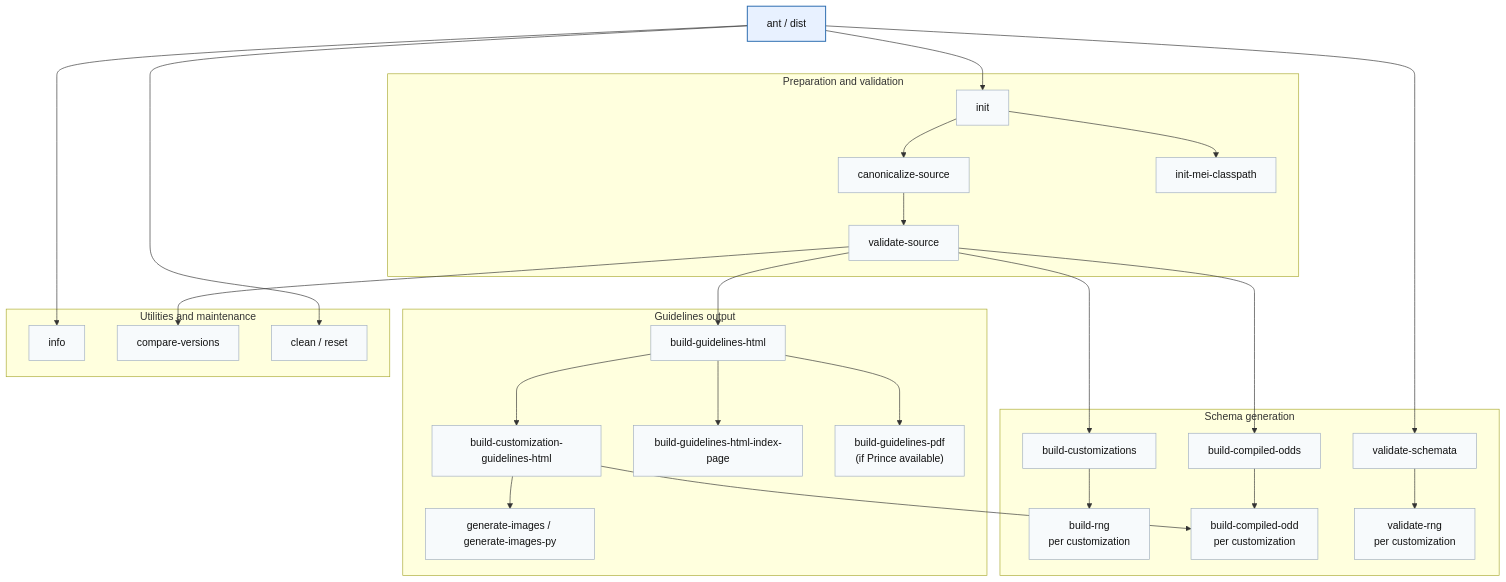
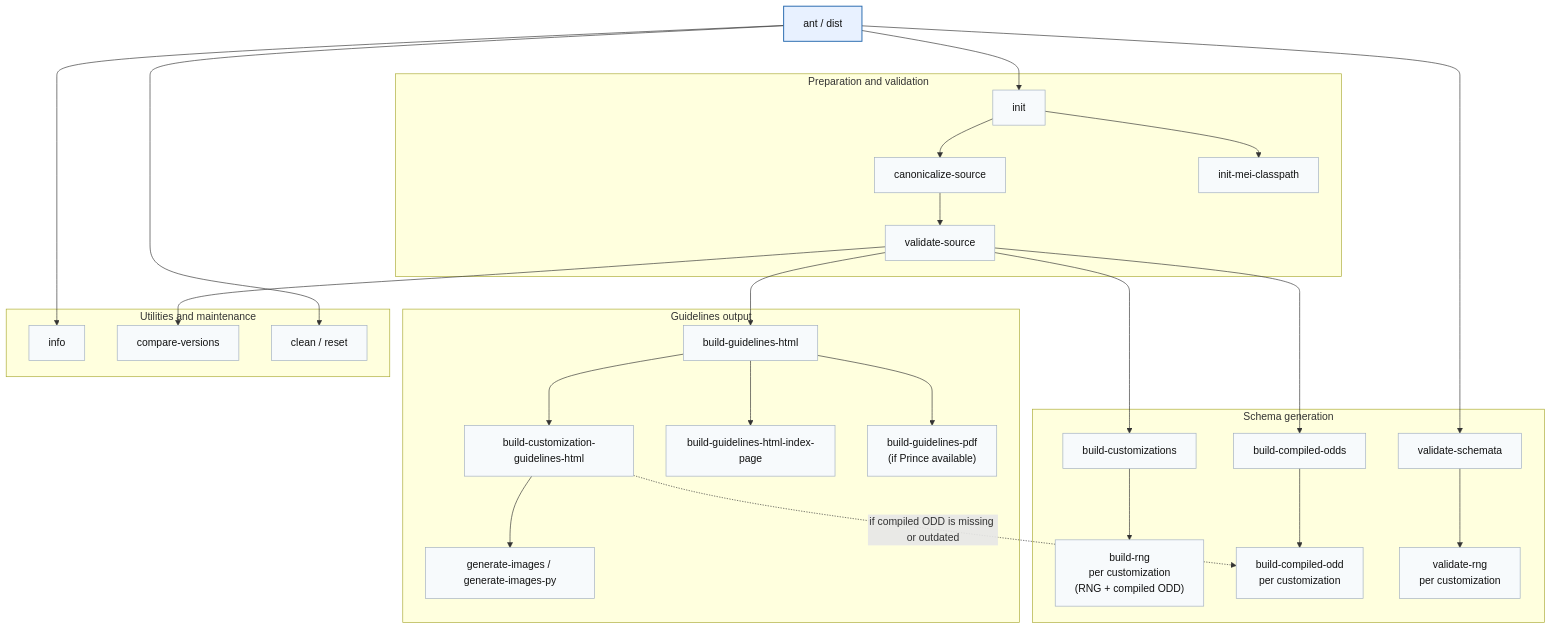
One commit to music-encoding/music-encoding changed the diagram in BUILD_COMMANDLINE.md. Above: the diagram before and after it, drawn with Mermaid. The commit also changed other lines of this file and 2 other files, not shown here.

First line of the commit message:
build: reuse compiled ODD from build-rng (#1891)

````diff
--- a/BUILD_COMMANDLINE.md
+++ b/BUILD_COMMANDLINE.md
@@ -146,62 +146,62 @@
 ```mermaid
 flowchart TD
     DIST["ant / dist"]:::primary
 
     subgraph PREP["Preparation and validation"]
         CANON["canonicalize-source"]
         VALID["validate-source"]
         INIT["init"]
         CLP["init-mei-classpath"]
     end
 
     subgraph SCHEMA["Schema generation"]
         RNGS["build-customizations"]
         ODDS["build-compiled-odds"]
-        RNG_CUS["build-rng\nper customization"]
+        RNG_CUS["build-rng\nper customization\n(RNG + compiled ODD)"]
         ODD_CUS["build-compiled-odd\nper customization"]
         VALID_SCH["validate-schemata"]
         VALID_CUS["validate-rng\nper customization"]
     end
 
     subgraph DOCS["Guidelines output"]
         HTML["build-guidelines-html"]
         HTML_CUS["build-customization-guidelines-html"]
         IDX["build-guidelines-html-index-page"]
         PDF["build-guidelines-pdf\n(if Prince available)"]
         IMG["generate-images / generate-images-py"]
     end
 
     subgraph UTIL["Utilities and maintenance"]
         INFO["info"]
         COMP["compare-versions"]
         CLEAN["clean / reset"]
     end
 
     DIST --> INIT
     INIT --> CLP
     INIT --> CANON
     CANON --> VALID
 
     VALID --> RNGS
     VALID --> ODDS
     VALID --> HTML
     VALID --> COMP
 
     RNGS --> RNG_CUS
     DIST --> VALID_SCH
     VALID_SCH --> VALID_CUS
     ODDS --> ODD_CUS
     HTML --> HTML_CUS
-    HTML_CUS --> ODD_CUS
+    HTML_CUS -. "if compiled ODD is missing or outdated" .-> ODD_CUS
     HTML_CUS --> IMG
     HTML --> IDX
     HTML --> PDF
 
     DIST --> INFO
     DIST --> CLEAN
 
     classDef primary fill:#e8f1ff,stroke:#2b6cb0,stroke-width:1.5px,color:#111;
     classDef default fill:#f7fafc,stroke:#a0aec0,stroke-width:1px,color:#111;
     class DIST primary;
     class CANON,VALID,INIT,CLP,RNGS,ODDS,RNG_CUS,ODD_CUS,VALID_SCH,VALID_CUS,HTML,HTML_CUS,IDX,PDF,IMG,INFO,COMP,CLEAN default;
 ```
````
